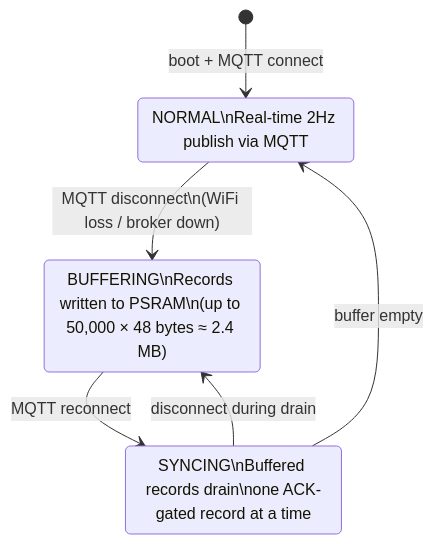
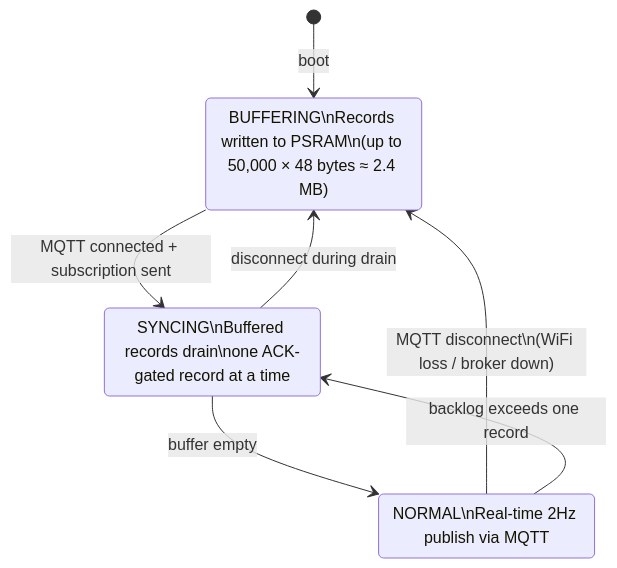
The second of 3 diagrams in docs/architecture.md (markPVale/industrial-sensor-pipeline), drawn with Mermaid before and after one commit. The commit also changed other lines of this file and 43 other files, not shown here.

````diff
--- a/docs/architecture.md
+++ b/docs/architecture.md
@@ -55,14 +62,15 @@
 ```mermaid
 stateDiagram-v2
-    [*] --> NORMAL : boot + MQTT connect
+    [*] --> BUFFERING : boot
 
     NORMAL --> BUFFERING : MQTT disconnect\n(WiFi loss / broker down)
-    BUFFERING --> SYNCING : MQTT reconnect
+    BUFFERING --> SYNCING : MQTT connected + subscription sent
+    NORMAL --> SYNCING : backlog exceeds one record
 
     NORMAL : NORMAL\nReal-time 2Hz publish via MQTT
     BUFFERING : BUFFERING\nRecords written to PSRAM\n(up to 50,000 × 48 bytes ≈ 2.4 MB)
     SYNCING : SYNCING\nBuffered records drain\none ACK-gated record at a time
 
     SYNCING --> NORMAL : buffer empty
     SYNCING --> BUFFERING : disconnect during drain
 ```
````
